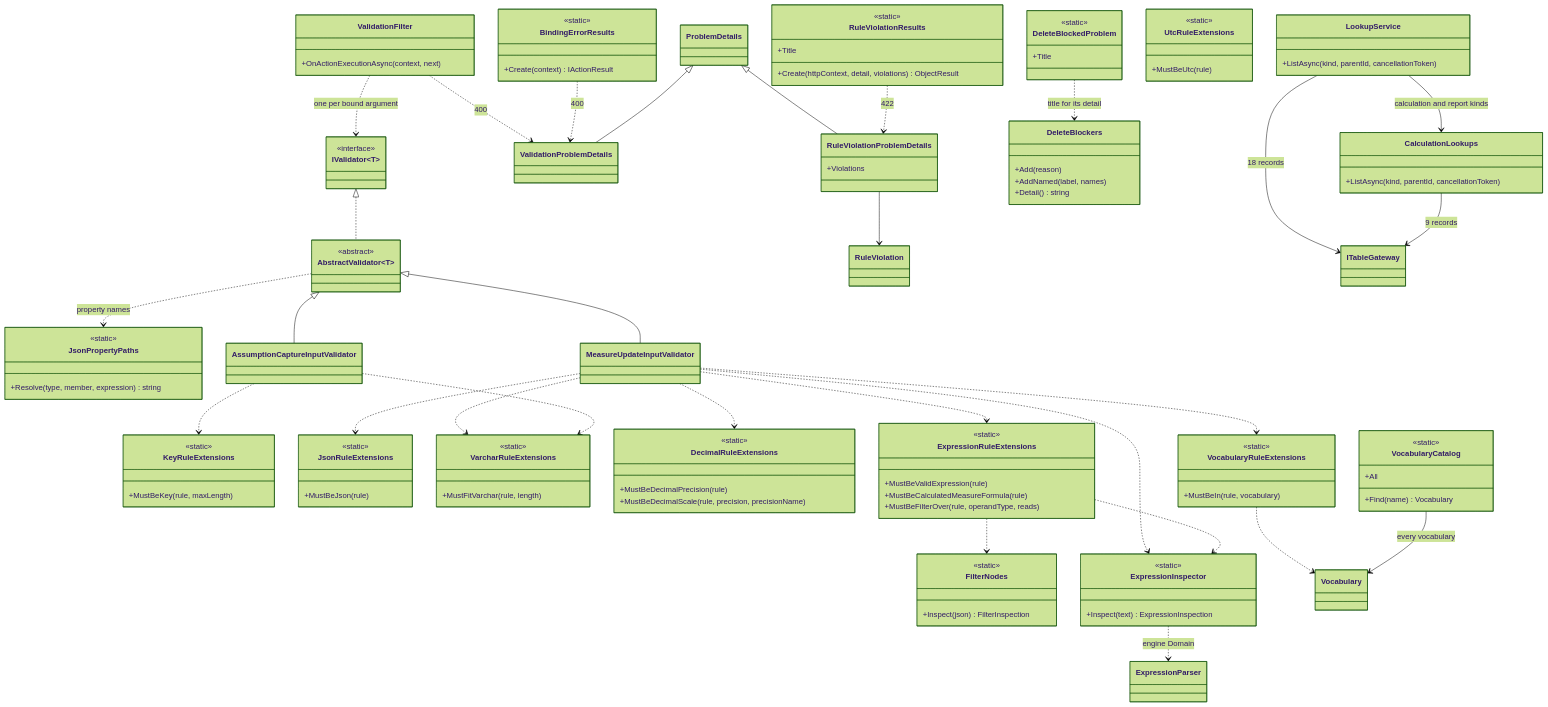
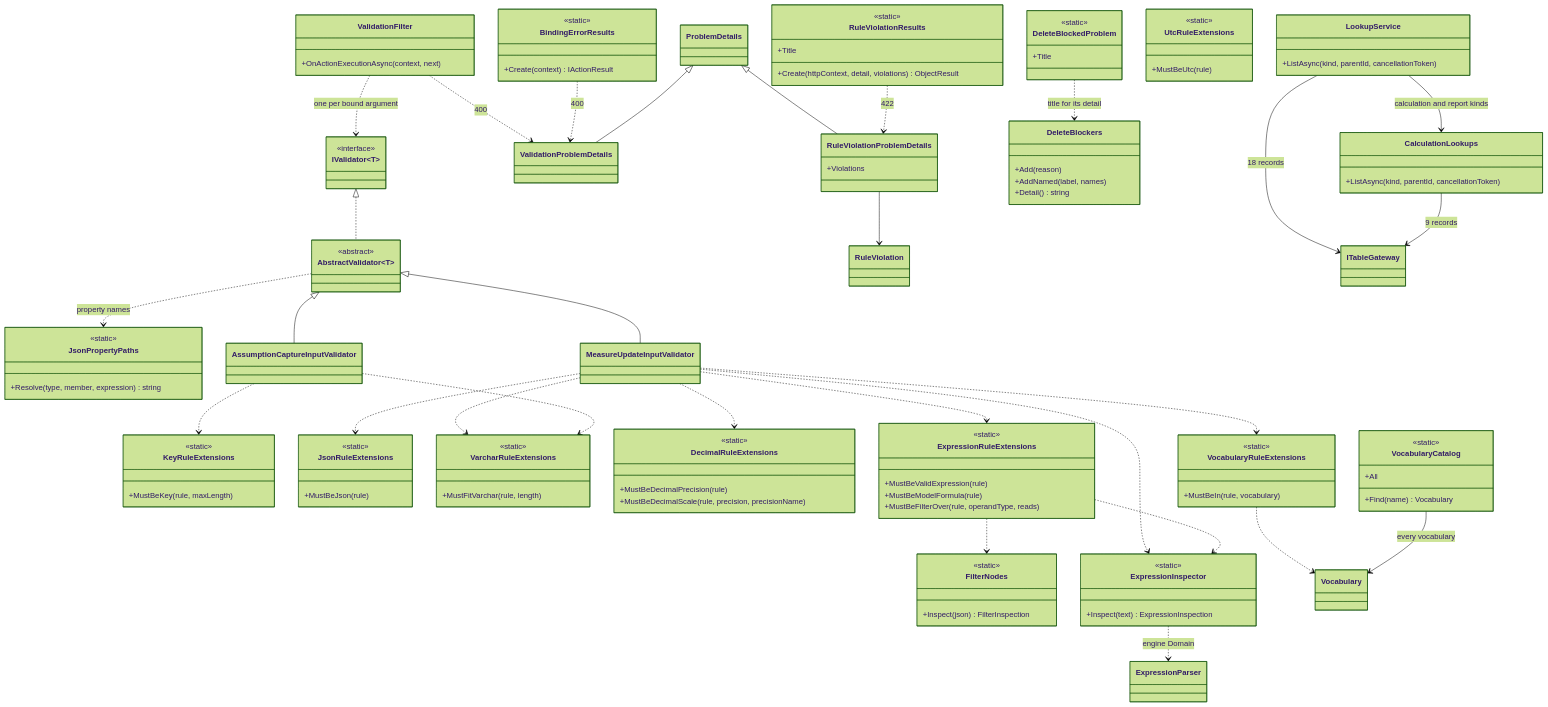
Before and after one commit to chrisaliotta/Quantalytix.QueryEngine.Admin: the fourth of 4 diagrams in api/docs/architecture/03-core-classes.md, drawn with Mermaid (forest theme). The commit also changed other lines of this file and 137 other files, not shown here.

First line of the commit message:
feat: enhance API documentation and architecture for calculation models and attributions

```diff
--- a/api/docs/architecture/03-core-classes.md
+++ b/api/docs/architecture/03-core-classes.md
@@ -433,7 +433,7 @@
     class ExpressionRuleExtensions {
         <<static>>
         +MustBeValidExpression(rule)
-        +MustBeCalculatedMeasureFormula(rule)
+        +MustBeModelFormula(rule)
         +MustBeFilterOver(rule, operandType, reads)
     }
     class FilterNodes {
```
